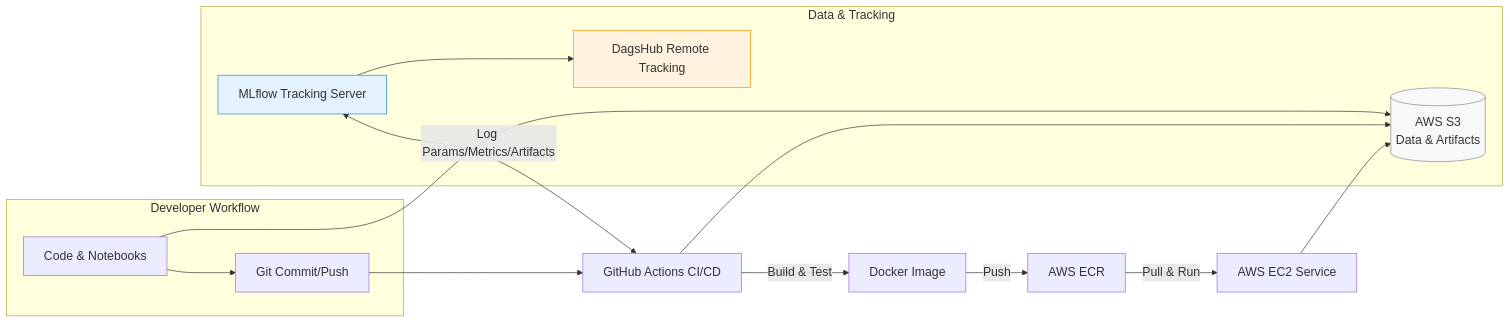
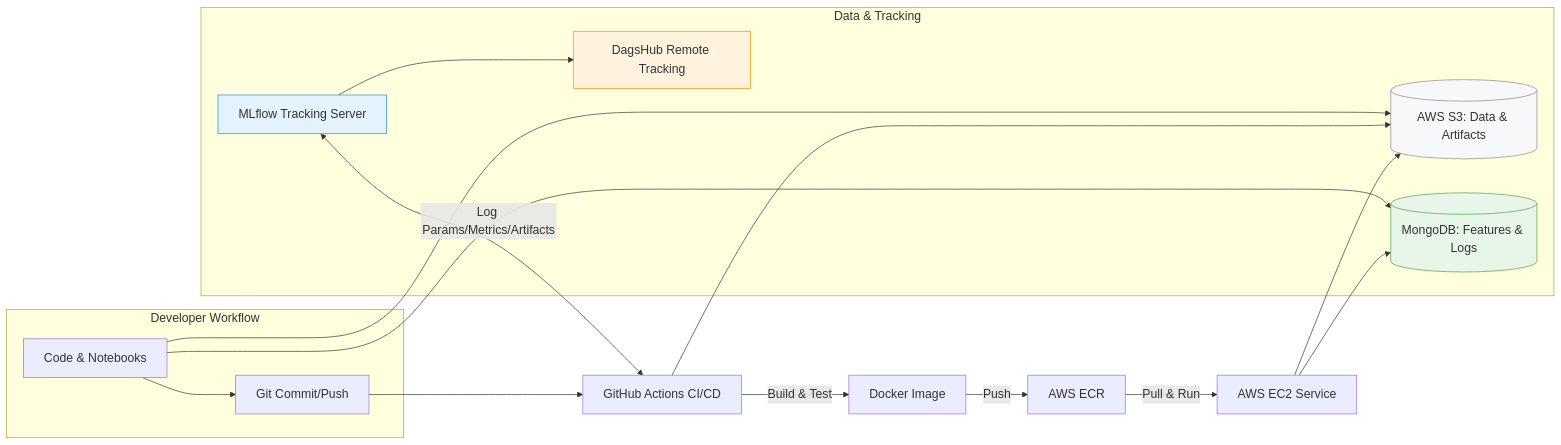
Before and after one commit to iyan-coder/NetworkSecurity: the first of 2 diagrams in README.md, drawn with Mermaid. The commit also changed other lines of this file, not shown here.

````diff
--- a/README.md
+++ b/README.md
@@ -92,27 +93,32 @@
 ```mermaid
 %%{init: {'theme':'default', 'themeVariables': { 'fontSize': '18px'}, 'logLevel': 'debug'}}%%
 flowchart LR
     subgraph Dev[Developer Workflow]
       A[Code & Notebooks] --> B[Git Commit/Push]
     end
 
     B --> C[GitHub Actions CI/CD]
     C -->|Build & Test| D[Docker Image]
     D -->|Push| E[AWS ECR]
     E -->|Pull & Run| F[AWS EC2 Service]
 
     subgraph Data & Tracking
-      G[(AWS S3<br/>Data & Artifacts)]
+      G[(AWS S3: Data & Artifacts)]
+      J[(MongoDB: Features & Logs)]
       H[MLflow Tracking Server]
       I[DagsHub Remote Tracking]
     end
 
     A --> G
+    A --> J
     C --> G
     F --> G
+    F --> J
     H <-->|Log Params/Metrics/Artifacts| C
     H --> I
+
     style G fill:#f6f8fa,stroke:#888
+    style J fill:#e8f5e9,stroke:#47A248
     style H fill:#e3f2fd,stroke:#1e88e5
     style I fill:#fff3e0,stroke:#fb8c00
 ```
````
